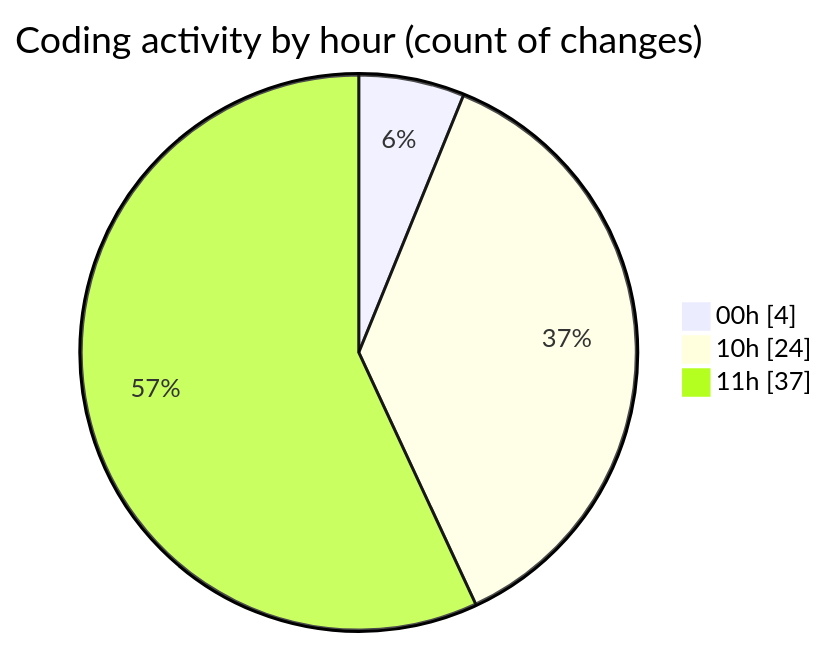
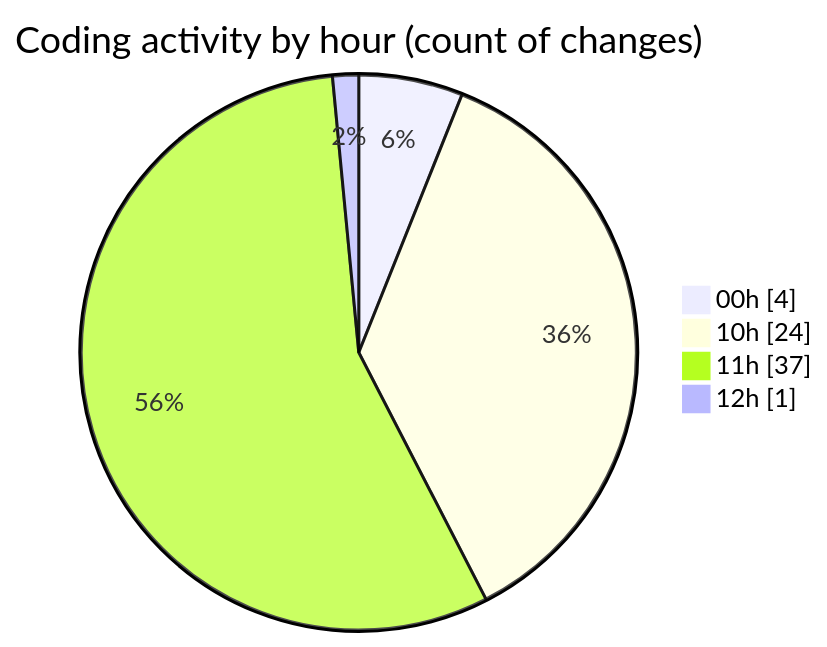
Before and after one commit to Netris89/code-tracking: the second of 2 diagrams in 2025-04-04/back-end/README.md, drawn with Mermaid. The commit also changed other lines of this file and 1 other file, not shown here.

````diff
--- a/2025-04-04/back-end/README.md
+++ b/2025-04-04/back-end/README.md
@@ -37,7 +38,8 @@
 ```mermaid
 pie showData
 title Coding activity by hour (count of changes)
 "00h" : 4
 "10h" : 24
 "11h" : 37
+"12h" : 1
 ```
````
